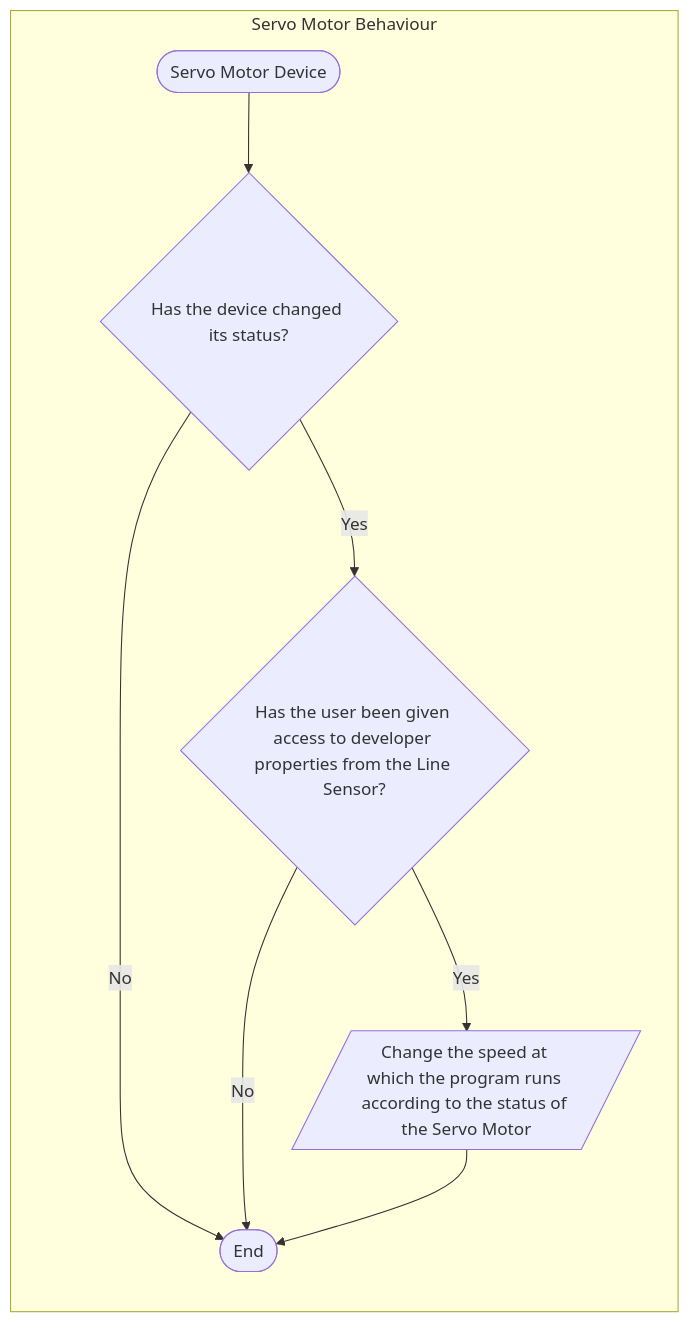
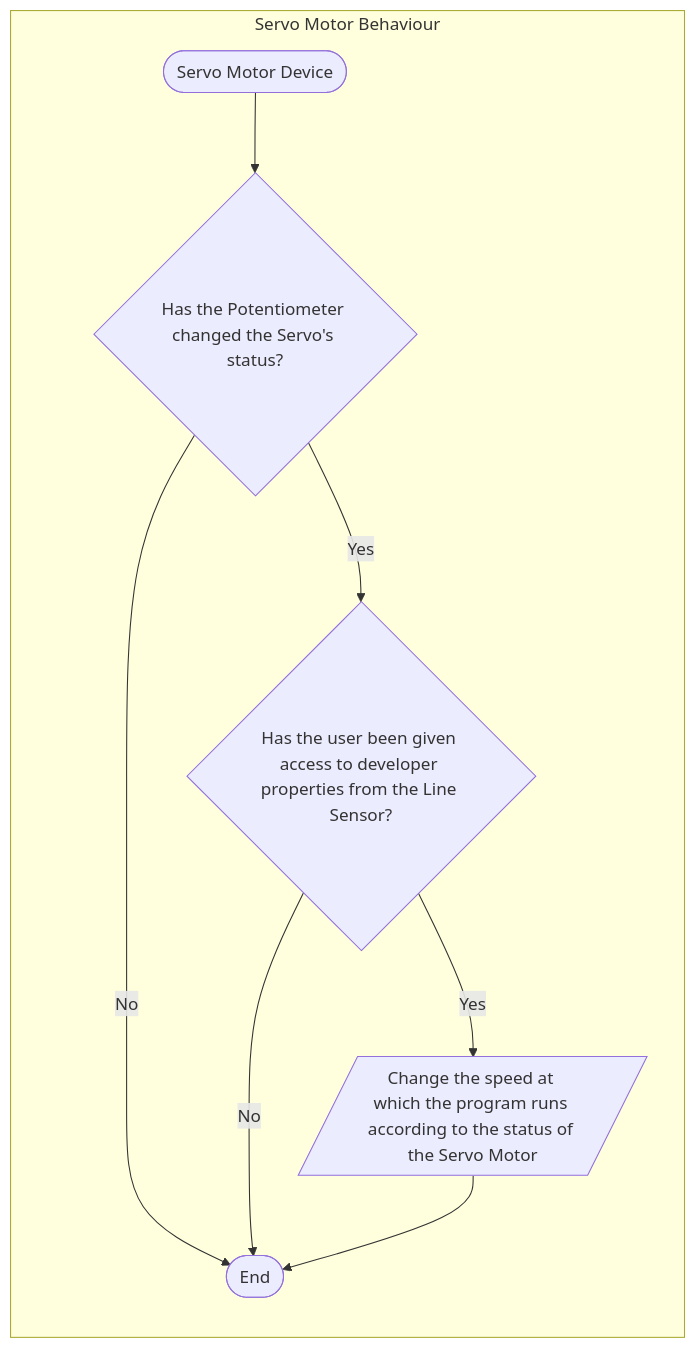
The sixth of 10 diagrams in logic.md (Camasaurus/0157863-SmartDevice2023), drawn with Mermaid before and after one commit. The commit also changed other lines of this file and 2 other files, not shown here.

````diff
--- a/logic.md
+++ b/logic.md
@@ -82,17 +112,17 @@
 ```mermaid
 flowchart LR
     start([Servo Motor Device])
-    determineStatus{Has the device changed its status?}
+    determineStatus{Has the Potentiometer changed the Servo's status?}
     developerCheck{Has the user been given access to developer properties from the Line Sensor?}
     newStatus[/Change the speed at which the program runs according to the status of the Servo Motor/]
     finish([End])
 
     subgraph Servo Motor Behaviour
     start-->determineStatus
     determineStatus-->|Yes|developerCheck
     determineStatus-->|No|finish
     developerCheck-->|Yes|newStatus
     developerCheck-->|No|finish
     newStatus-->finish
     end
 ```
````
